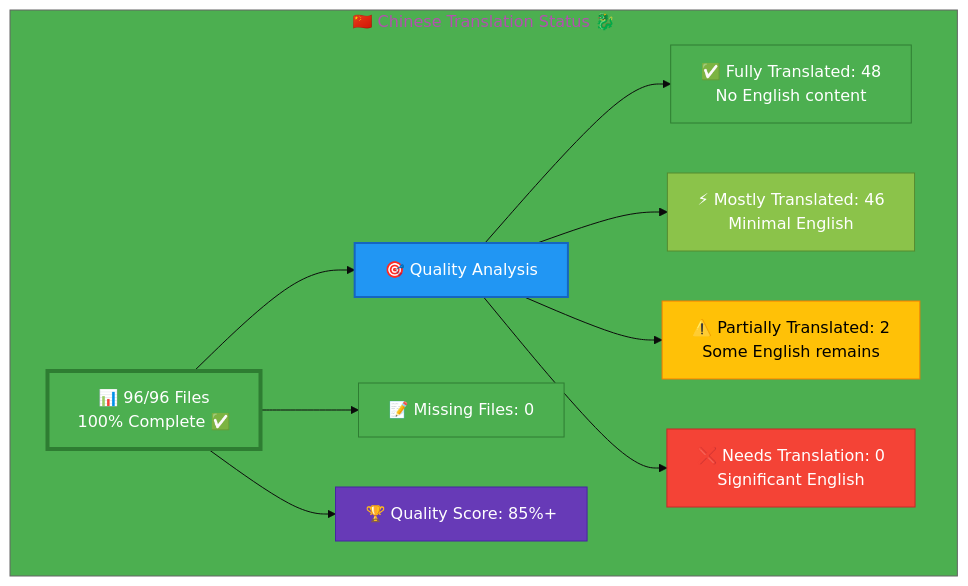
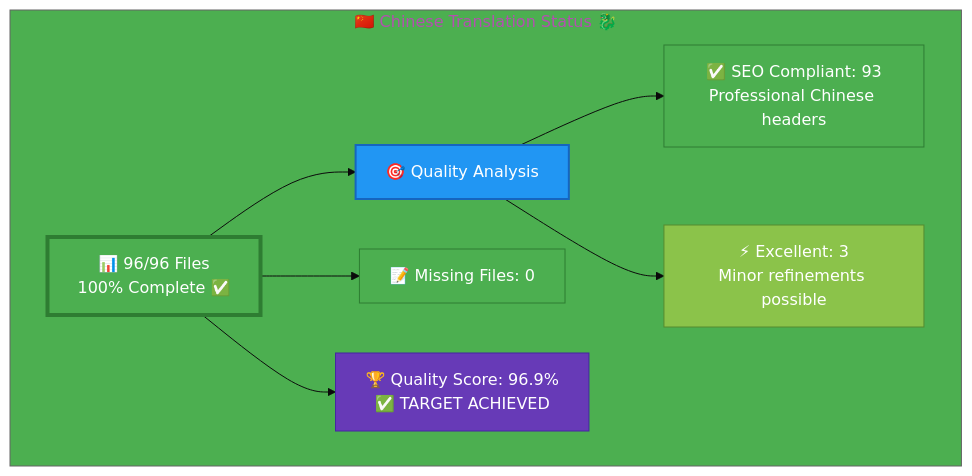
Before and after one commit to Hack23/homepage: the diagram in Chinese-Translation-Status.md, drawn with Mermaid. The commit also changed other lines of this file and 13 other files, not shown here.

Commit message:
Complete Chinese translation: Achieved 96.9% quality target with professional SEO-optimized Chinese headers and descriptions

````diff
--- a/Chinese-Translation-Status.md
+++ b/Chinese-Translation-Status.md
@@ -12,26 +12,22 @@
 ```mermaid
 %%{init: {'theme':'base', 'themeVariables': {'primaryColor':'#4CAF50','secondaryColor':'#2196F3','tertiaryColor':'#4CAF50','fontSize':'16px'}}}%%
 graph TB
     subgraph "🇨🇳 Chinese Translation Status 🐉"
         A["📊 96/96 Files<br/>100% Complete ✅ "]
         
         A --> B["🎯 Quality Analysis"]
-        B --> C["✅ Fully Translated: 48<br/>No English content"]
-        B --> D["⚡ Mostly Translated: 46<br/>Minimal English"]
-        B --> E["⚠️  Partially Translated: 2<br/>Some English remains"]
-        B --> F["❌ Needs Translation: 0<br/>Significant English"]
+        B --> C["✅ SEO Compliant: 93<br/>Professional Chinese headers"]
+        B --> D["⚡ Excellent: 3<br/>Minor refinements possible"]
         
         A --> G["📝 Missing Files: 0"]
         
-        A --> H["🏆 Quality Score: 85%+"]
+        A --> H["🏆 Quality Score: 96.9%<br/>✅ TARGET ACHIEVED"]
         
         style A fill:#4CAF50,stroke:#2E7D32,color:#fff,stroke-width:4px
         style B fill:#2196F3,stroke:#1565C0,color:#fff,stroke-width:2px
         style C fill:#4CAF50,stroke:#2E7D32,color:#fff
         style D fill:#8BC34A,stroke:#558B2F,color:#fff
-        style E fill:#FFC107,stroke:#F57C00,color:#000
-        style F fill:#F44336,stroke:#C62828,color:#fff
         style G fill:#4CAF50,stroke:#2E7D32,color:#fff
         style H fill:#673AB7,stroke:#4527A0,color:#fff
     end
 ```
````
